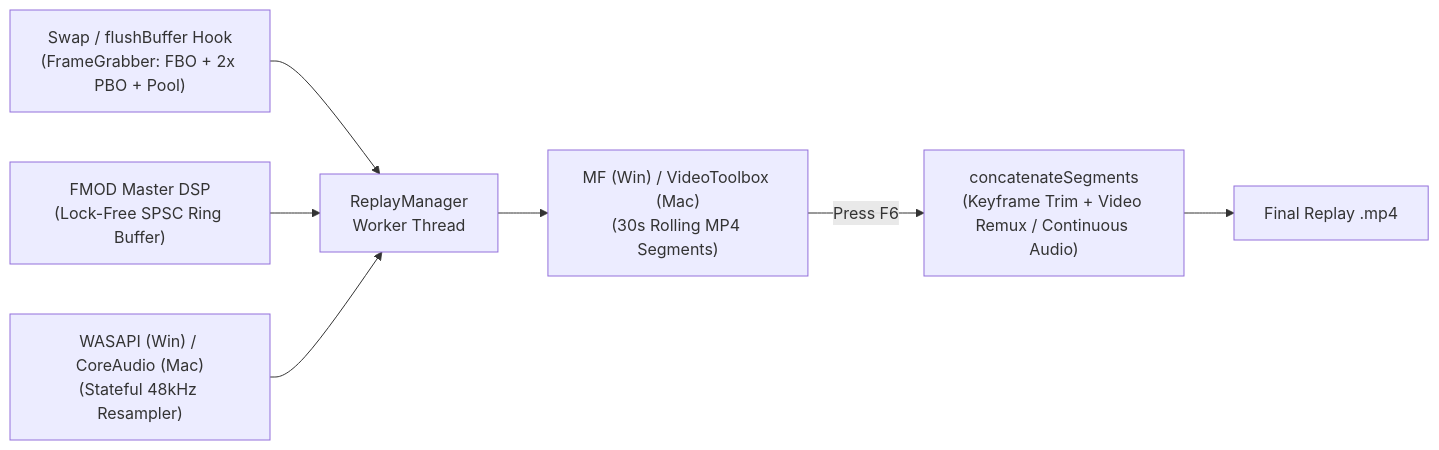
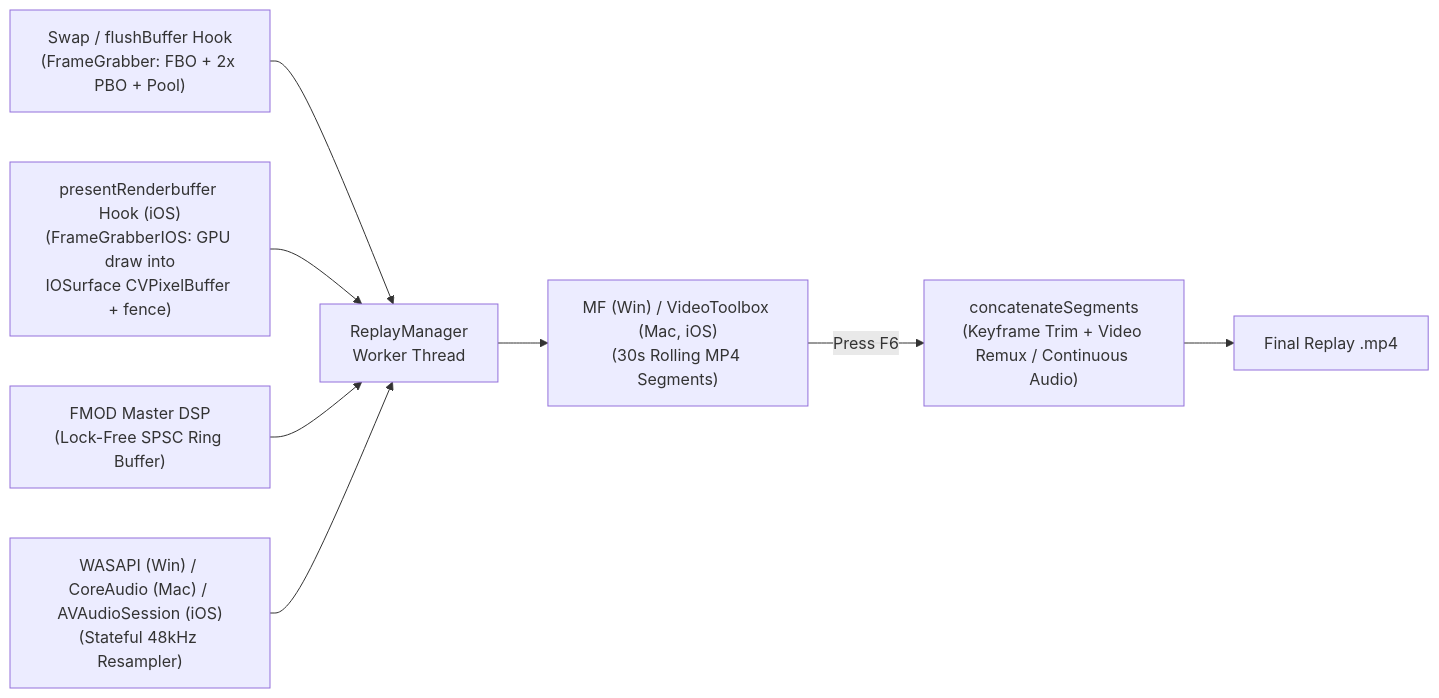
Before and after one commit to ItsZeMo/instant-replay-geode: the diagram in README.md, drawn with Mermaid. The commit also changed other lines of this file and 42 other files, not shown here.

````diff
--- a/README.md
+++ b/README.md
@@ -30,9 +34,10 @@
 ```mermaid
 flowchart LR
     GL["Swap / flushBuffer Hook<br/>(FrameGrabber: FBO + 2x PBO + Pool)"] --> Q["ReplayManager<br/>Worker Thread"]
+    GLES["presentRenderbuffer Hook (iOS)<br/>(FrameGrabberIOS: GPU draw into<br/>IOSurface CVPixelBuffer + fence)"] --> Q
     FMOD["FMOD Master DSP<br/>(Lock-Free SPSC Ring Buffer)"] --> Q
-    MIC["WASAPI (Win) / CoreAudio (Mac)<br/>(Stateful 48kHz Resampler)"] --> Q
-    Q --> ENC["MF (Win) / VideoToolbox (Mac)<br/>(30s Rolling MP4 Segments)"]
+    MIC["WASAPI (Win) / CoreAudio (Mac) / AVAudioSession (iOS)<br/>(Stateful 48kHz Resampler)"] --> Q
+    Q --> ENC["MF (Win) / VideoToolbox (Mac, iOS)<br/>(30s Rolling MP4 Segments)"]
     ENC -->|Press F6| REMUX["concatenateSegments<br/>(Keyframe Trim + Video Remux / Continuous Audio)"]
     REMUX --> MP4["Final Replay .mp4"]
 ```
````
